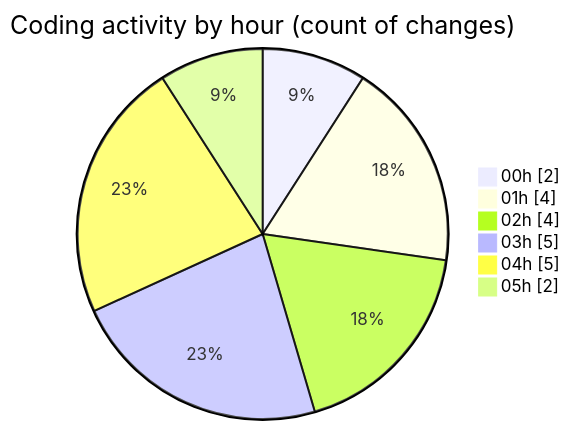
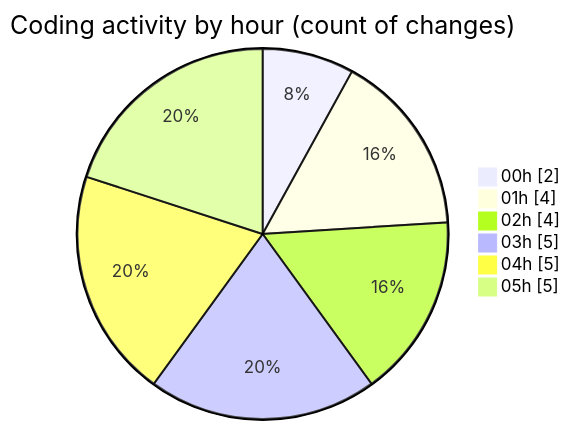
The second of 2 diagrams in 2025-08-08/studybuddy/README.md (lephambinh05/code-tracking), drawn with Mermaid before and after one commit. The commit also changed other lines of this file and 1 other file, not shown here.

````diff
--- a/2025-08-08/studybuddy/README.md
+++ b/2025-08-08/studybuddy/README.md
@@ -36,10 +38,10 @@
 ```mermaid
 pie showData
 title Coding activity by hour (count of changes)
 "00h" : 2
 "01h" : 4
 "02h" : 4
 "03h" : 5
 "04h" : 5
-"05h" : 2
+"05h" : 5
 ```
````
